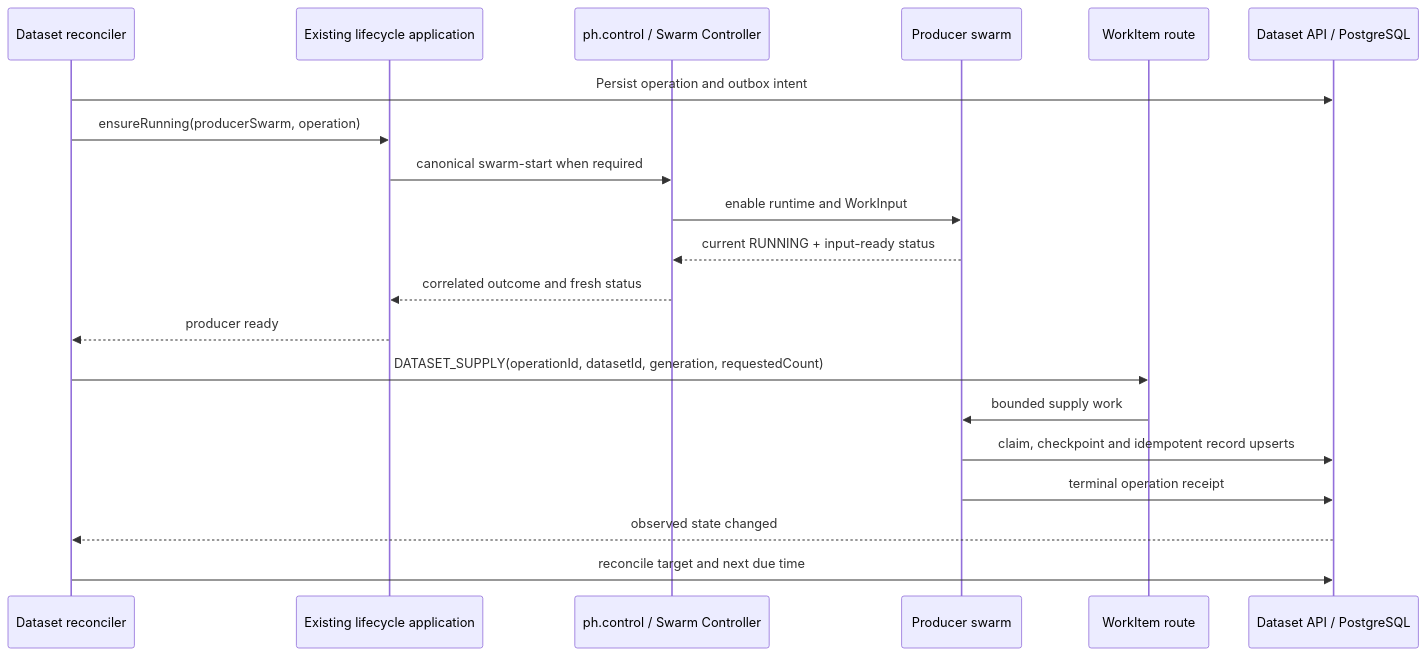
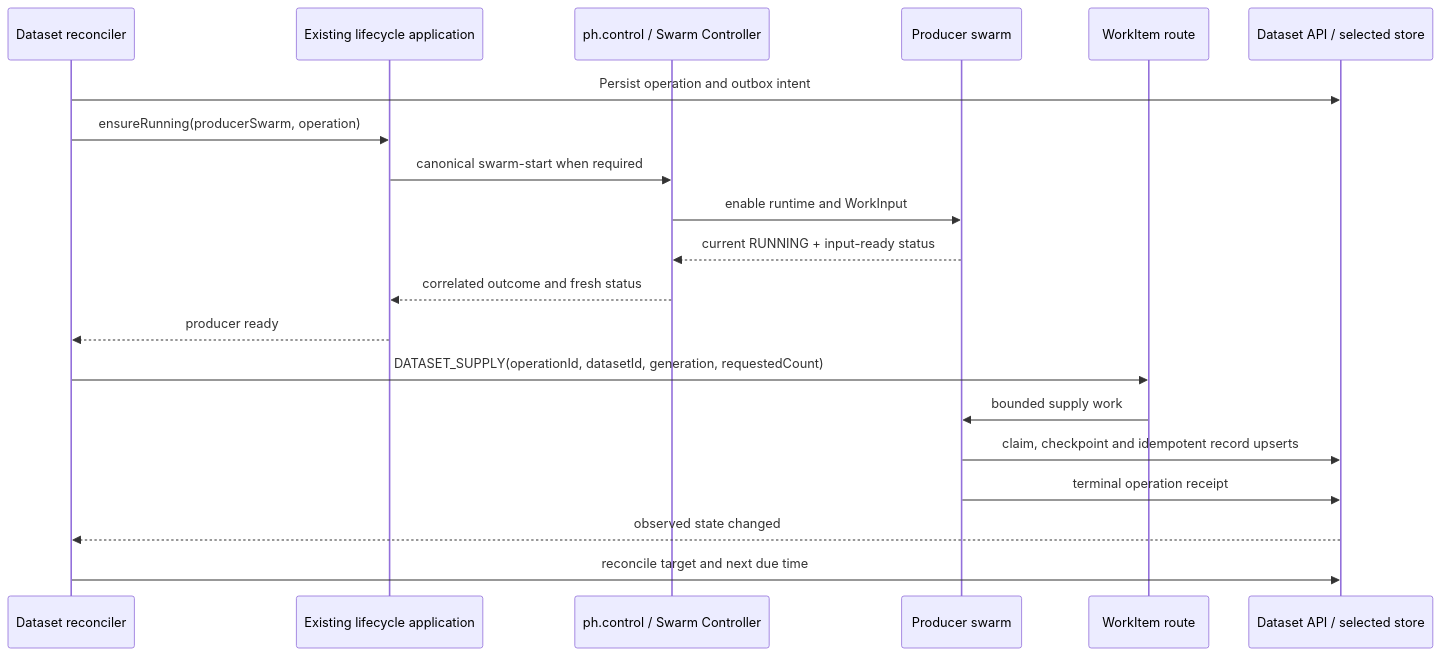
Before and after one commit to sepa79/PocketHive: the second of 2 diagrams in docs/inProgress/managed-datasets-team-design-overview.md, drawn with Mermaid. The commit also changed other lines of this file and 25 other files, not shown here.

````diff
--- a/docs/inProgress/managed-datasets-team-design-overview.md
+++ b/docs/inProgress/managed-datasets-team-design-overview.md
@@ -119,23 +149,23 @@
 ```mermaid
 sequenceDiagram
   participant R as Dataset reconciler
   participant L as Existing lifecycle application
   participant C as ph.control / Swarm Controller
   participant P as Producer swarm
   participant W as WorkItem route
-  participant D as Dataset API / PostgreSQL
+  participant D as Dataset API / selected store
 
   R->>D: Persist operation and outbox intent
   R->>L: ensureRunning(producerSwarm, operation)
   L->>C: canonical swarm-start when required
   C->>P: enable runtime and WorkInput
   P-->>C: current RUNNING + input-ready status
   C-->>L: correlated outcome and fresh status
   L-->>R: producer ready
   R->>W: DATASET_SUPPLY(operationId, datasetId, generation, requestedCount)
   W->>P: bounded supply work
   P->>D: claim, checkpoint and idempotent record upserts
   P->>D: terminal operation receipt
   D-->>R: observed state changed
   R->>D: reconcile target and next due time
 ```
````
